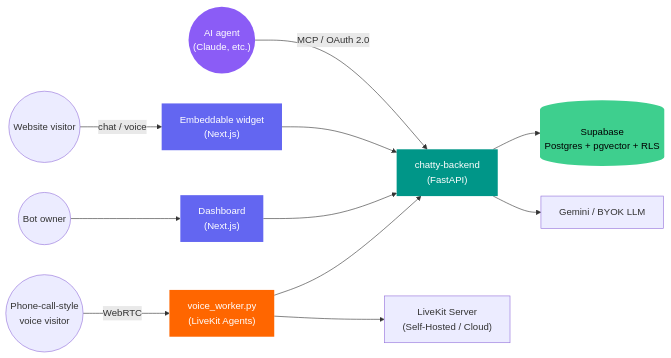
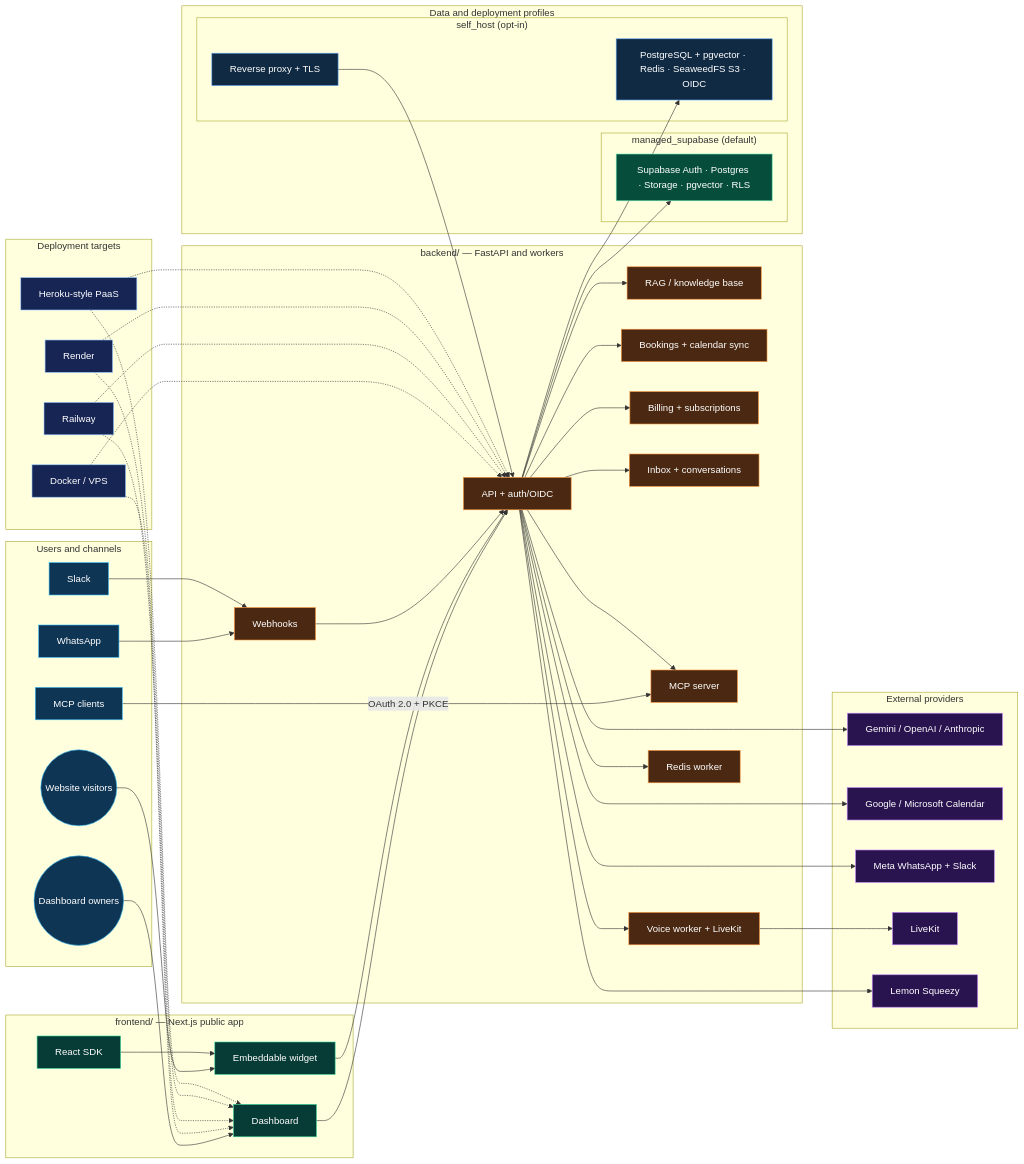
Before and after one commit to PersonaliAI/chatty: the diagram in README.md, drawn with Mermaid. The commit also changed other lines of this file and 1 other file, not shown here.

Commit message:
docs: document full architecture and platform compatibility

````diff
--- a/README.md
+++ b/README.md
@@ -90,20 +90,94 @@
 ```mermaid
 flowchart LR
-    visitor(("Website visitor")) -->|chat / voice| widget["Embeddable widget\n(Next.js)"]
-    owner(("Bot owner")) --> dashboard["Dashboard\n(Next.js)"]
-    agent(("AI agent\n(Claude, etc.)")) -->|MCP / OAuth 2.0| api
-    widget --> api["chatty-backend\n(FastAPI)"]
+    classDef channel fill:#0f3554,color:#fff,stroke:#38bdf8
+    classDef app fill:#073b35,color:#fff,stroke:#34d399
+    classDef service fill:#4a2811,color:#fff,stroke:#fb923c
+    classDef managed fill:#064e3b,color:#fff,stroke:#6ee7b7
+    classDef selfhost fill:#102a43,color:#fff,stroke:#60a5fa
+    classDef provider fill:#29144f,color:#fff,stroke:#c084fc
+    classDef target fill:#172554,color:#fff,stroke:#93c5fd
+
+    subgraph channels["Users and channels"]
+        visitor(("Website visitors")):::channel
+        owner(("Dashboard owners")):::channel
+        whatsapp["WhatsApp"]:::channel
+        slack["Slack"]:::channel
+        mcp_client["MCP clients"]:::channel
+    end
+
+    subgraph frontend["frontend/ — Next.js public app"]
+        dashboard["Dashboard"]:::app
+        widget["Embeddable widget"]:::app
+        sdk["React SDK"]:::app
+    end
+
+    subgraph backend["backend/ — FastAPI and workers"]
+        api["API + auth/OIDC"]:::service
+        webhook["Webhooks"]:::service
+        rag["RAG / knowledge base"]:::service
+        booking["Bookings + calendar sync"]:::service
+        billing["Billing + subscriptions"]:::service
+        inbox["Inbox + conversations"]:::service
+        mcp["MCP server"]:::service
+        voice["Voice worker + LiveKit"]:::service
+        jobs["Redis worker"]:::service
+    end
+
+    subgraph data["Data and deployment profiles"]
+        subgraph managed["managed_supabase (default)"]
+            supabase["Supabase Auth · Postgres · Storage · pgvector · RLS"]:::managed
+        end
+        subgraph selfhost["self_host (opt-in)"]
+            portable["PostgreSQL + pgvector · Redis · SeaweedFS S3 · OIDC"]:::selfhost
+            proxy["Reverse proxy + TLS"]:::selfhost
+        end
+    end
+
+    subgraph providers["External providers"]
+        llm["Gemini / OpenAI / Anthropic"]:::provider
+        calendar["Google / Microsoft Calendar"]:::provider
+        meta["Meta WhatsApp + Slack"]:::provider
+        livekit["LiveKit"]:::provider
+        lemonsqueezy["Lemon Squeezy"]:::provider
+    end
+
+    subgraph targets["Deployment targets"]
+        docker["Docker / VPS"]:::target
+        railway["Railway"]:::target
+        render["Render"]:::target
+        heroku["Heroku-style PaaS"]:::target
+    end
+
+    visitor --> widget
+    owner --> dashboard
+    whatsapp --> webhook
+    slack --> webhook
+    mcp_client -->|OAuth 2.0 + PKCE| mcp
     dashboard --> api
-    caller(("Phone-call-style\nvoice visitor")) -->|WebRTC| voice["voice_worker.py\n(LiveKit Agents)"]
-    voice --> api
-    api --> db[("Supabase\nPostgres + pgvector + RLS")]
-    api --> llm["Gemini / BYOK LLM"]
-    voice --> livekit["LiveKit Server\n(Self-Hosted / Cloud)"]
-
-    style widget fill:#6366f1,color:#fff,stroke:none
-    style dashboard fill:#6366f1,color:#fff,stroke:none
-    style api fill:#009688,color:#fff,stroke:none
-    style voice fill:#ff6600,color:#fff,stroke:none
-    style db fill:#3ecf8e,color:#000,stroke:none
-    style agent fill:#8b5cf6,color:#fff,stroke:none
+    widget --> api
+    sdk --> widget
+    webhook --> api
+    api --> rag
+    api --> booking
+    api --> billing
+    api --> inbox
+    api --> mcp
+    api --> voice
+    api --> jobs
+    api --> supabase
+    api --> portable
+    proxy --> api
+    api --> llm
+    api --> calendar
+    api --> meta
+    api --> lemonsqueezy
+    voice --> livekit
+    docker -.-> dashboard
+    docker -.-> api
+    railway -.-> dashboard
+    railway -.-> api
+    render -.-> dashboard
+    render -.-> api
+    heroku -.-> dashboard
+    heroku -.-> api
 ```
````
